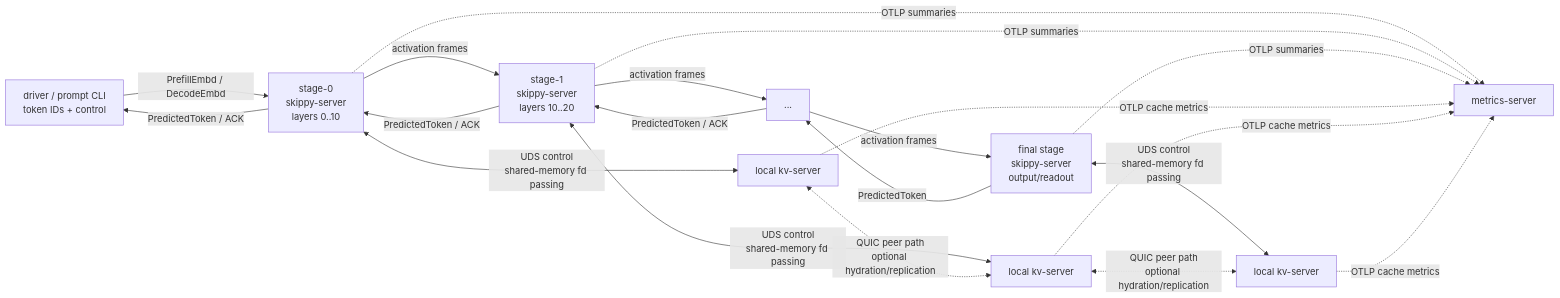
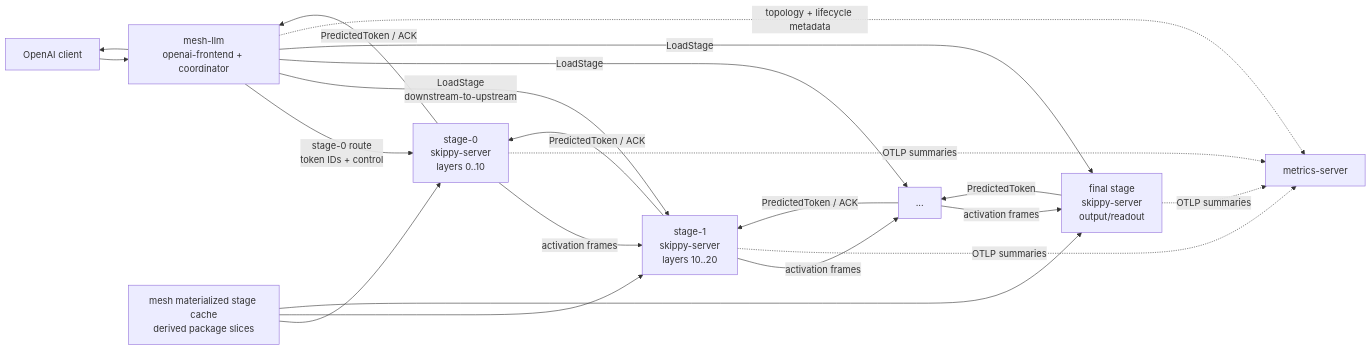
Before and after one commit to michaelneale/mesh-llm: the first of 6 diagrams in docs/SKIPPY_RUNTIME_README.md, drawn with Mermaid. The commit also changed other lines of this file and 17 other files, not shown here.

Commit message:
Rename skippy model package tooling

````diff
--- a/docs/SKIPPY_RUNTIME_README.md
+++ b/docs/SKIPPY_RUNTIME_README.md
@@ -38,26 +39,26 @@
 ```mermaid
 flowchart LR
-    D["driver / prompt CLI<br/>token IDs + control"] -->|PrefillEmbd / DecodeEmbd| S0["stage-0<br/>skippy-server<br/>layers 0..10"]
+    C["OpenAI client"] --> Mesh["mesh-llm<br/>openai-frontend + coordinator"]
+    Mesh -->|stage-0 route<br/>token IDs + control| S0["stage-0<br/>skippy-server<br/>layers 0..10"]
     S0 -->|activation frames| S1["stage-1<br/>skippy-server<br/>layers 10..20"]
     S1 -->|activation frames| SN["..."]
     SN -->|activation frames| SF["final stage<br/>skippy-server<br/>output/readout"]
 
     SF -->|PredictedToken| SN
     SN -->|PredictedToken / ACK| S1
     S1 -->|PredictedToken / ACK| S0
-    S0 -->|PredictedToken / ACK| D
+    S0 -->|PredictedToken / ACK| Mesh
+    Mesh --> C
 
-    S0 <-->|UDS control<br/>shared-memory fd passing| K0["local kv-server"]
-    S1 <-->|UDS control<br/>shared-memory fd passing| K1["local kv-server"]
-    SF <-->|UDS control<br/>shared-memory fd passing| KF["local kv-server"]
-
-    K0 <-.->|QUIC peer path<br/>optional hydration/replication| K1
-    K1 <-.->|QUIC peer path<br/>optional hydration/replication| KF
+    Mesh -->|LoadStage<br/>downstream-to-upstream| S1
+    Mesh -->|LoadStage| SN
+    Mesh -->|LoadStage| SF
+    Cache["mesh materialized stage cache<br/>derived package slices"] --> S0
+    Cache --> S1
+    Cache --> SF
 
     S0 -.->|OTLP summaries| M["metrics-server"]
     S1 -.->|OTLP summaries| M
     SF -.->|OTLP summaries| M
-    K0 -.->|OTLP cache metrics| M
-    K1 -.->|OTLP cache metrics| M
-    KF -.->|OTLP cache metrics| M
+    Mesh -.->|topology + lifecycle metadata| M
 ```
````
